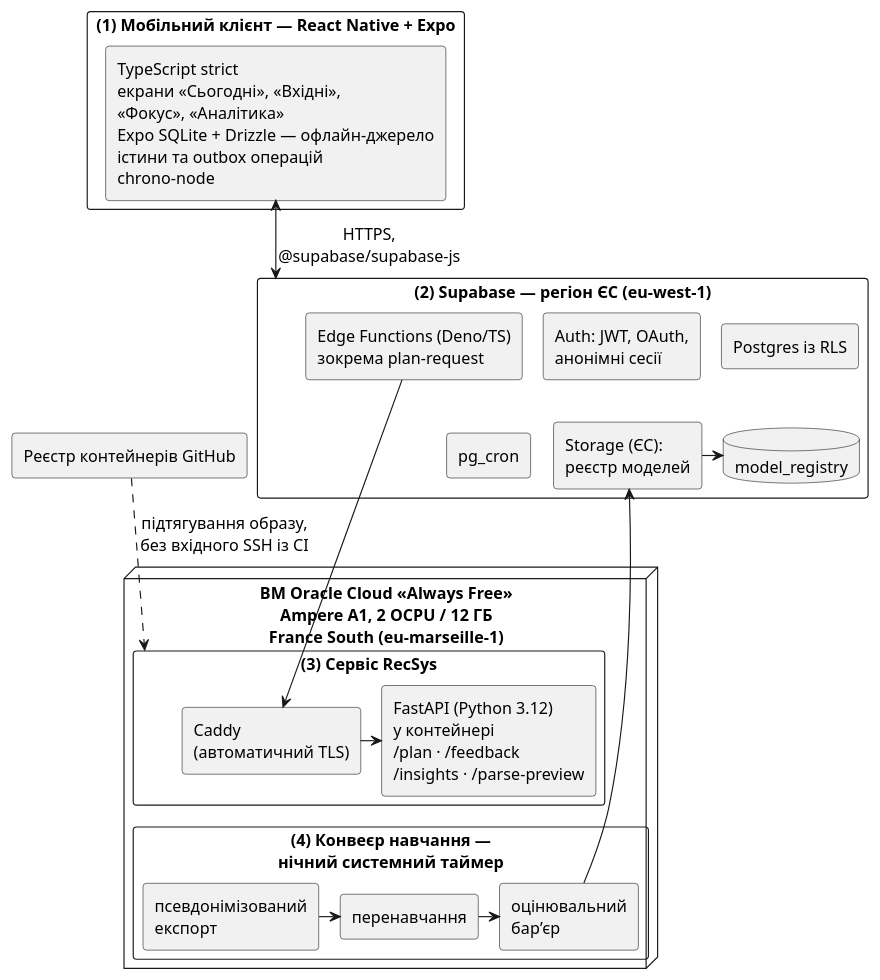
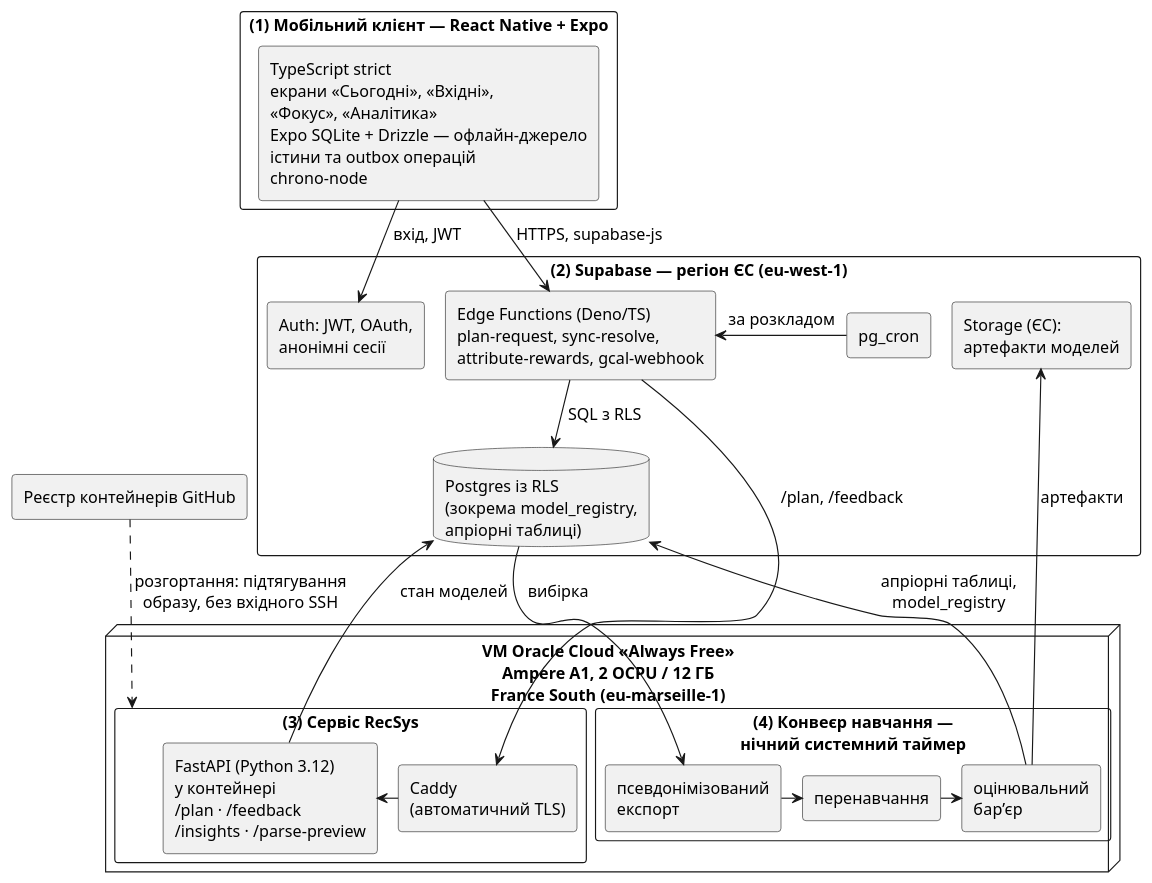
The diagram in docs/thesis/text/diagrams/3-1-architecture.puml (IKala4I/magister_work), drawn with PlantUML before and after one commit. The commit also changed 5 other files, not shown here.

```diff
--- a/docs/thesis/text/diagrams/3-1-architecture.puml
+++ b/docs/thesis/text/diagrams/3-1-architecture.puml
@@ -1,61 +1,66 @@
 @startuml
 ' Рисунок 3.1 — Загальна архітектура системи Hourwell.
 ' Джерело: текст плейсхолдера рисунка 3.1 у full.md (підрозділ 3.2) — чотири рівні, їхній склад і
 ' стрілки взято звідти; нічого поза ним. Стрілка plan-request → /plan без підпису: ім’я функції
 ' стоїть у блоці Edge Functions, /plan — у блоці FastAPI. Рівні (3) і (4) — на одній ВМ, як і сказано в тексті,
 ' тому намальовані в одній рамці ВМ. PlantUML, а не Mermaid: розкладка Mermaid не дає вмістити
 ' рисунок на сторінку з підписами не менше 8 пт (стрілку «конвеєр → Storage» вона веде в обхід).
+' 2026-11-12 (зовнішня рецензія, звірено з кодом): клієнт звертається лише до Auth і Edge Functions
+' (supabase.auth.*, supabase.functions.invoke); до Postgres ідуть функції й сервіс рекомендацій
+' (стан моделей bandit_state / beta_cells / blend_state — у Postgres, repo.py); pg_cron запускає
+' функції за розкладом (attribute-rewards о 23:55, календар кожні 5 хв); конвеєр читає експорт із
+' Postgres, пише апріорні таблиці, кластери й рядок model_registry у Postgres, артефакти — у Storage.
+' Сервіс зі Storage моделей не завантажує — такої стрілки немає. Стрілка — від того, хто ініціює.
+' Реєстр контейнерів — пунктир: розгортання, а не робота системи.
 !pragma layout smetana
 skinparam defaultFontSize 14
 skinparam defaultFontName Arial
 skinparam monochrome true
 skinparam shadowing false
 skinparam rectangle {
   RoundCorner 6
 }
-skinparam nodesep 18
-skinparam ranksep 34
+skinparam nodesep 22
+skinparam ranksep 40
 top to bottom direction
 
 rectangle "(1) Мобільний клієнт — React Native + Expo" as L1 {
   rectangle "TypeScript strict\nекрани «Сьогодні», «Вхідні»,\n«Фокус», «Аналітика»\nExpo SQLite + Drizzle — офлайн-джерело\nістини та outbox операцій\nchrono-node" as C
 }
 
 rectangle "(2) Supabase — регіон ЄС (eu-west-1)" as L2 {
-  rectangle "Postgres із RLS" as S1
   rectangle "Auth: JWT, OAuth,\nанонімні сесії" as S2
-  rectangle "Edge Functions (Deno/TS)\nзокрема plan-request" as S3
+  rectangle "Edge Functions (Deno/TS)\nplan-request, sync-resolve,\nattribute-rewards, gcal-webhook" as S3
   rectangle "pg_cron" as S4
-  rectangle "Storage (ЄС):\nреєстр моделей" as S5
-  database "model_registry" as S6
+  database "Postgres із RLS\n(зокрема model_registry,\nапріорні таблиці)" as S1
+  rectangle "Storage (ЄС):\nартефакти моделей" as S5
 }
 
-node "ВМ Oracle Cloud «Always Free»\nAmpere A1, 2 OCPU / 12 ГБ\nFrance South (eu-marseille-1)" as VM {
+node "VM Oracle Cloud «Always Free»\nAmpere A1, 2 OCPU / 12 ГБ\nFrance South (eu-marseille-1)" as VM {
   rectangle "(3) Сервіс RecSys" as L3 {
     rectangle "Caddy\n(автоматичний TLS)" as R0
     rectangle "FastAPI (Python 3.12)\nу контейнері\n/plan · /feedback\n/insights · /parse-preview" as R1
   }
   rectangle "(4) Конвеєр навчання —\nнічний системний таймер" as L4 {
     rectangle "псевдонімізований\nекспорт" as T1
     rectangle "перенавчання" as T2
     rectangle "оцінювальний\nбар’єр" as T3
   }
 }
 
 rectangle "Реєстр контейнерів GitHub" as GH
 
-C <-down-> L2 : HTTPS,\n@supabase/supabase-js
-S3 -down-> R0
+C -down-> S2 : вхід, JWT
+C -down-> S3 : HTTPS, supabase-js
+S4 -left-> S3 : за розкладом
+S3 -down-> S1 : SQL з RLS
+S3 -down-> R0 : /plan, /feedback
 R0 -right-> R1
+R1 -up-> S1 : стан моделей
+S1 -down-> T1 : вибірка
 T1 -right-> T2
 T2 -right-> T3
-T3 -up-> S5
-S5 -right-> S6
-' розкладка (лише невидимі зв'язки): Supabase у два ряди, RecSys над конвеєром навчання, ВМ під Supabase
-S1 -[hidden]down- S5
-S2 -[hidden]down- S4
-R0 -[hidden]down- T1
-S4 -[hidden]down- R1
-S4 -[hidden]right- GH
-GH .down.> L3 : підтягування образу,\nбез вхідного SSH із CI
+T3 -up-> S5 : артефакти
+T3 -up-> S1 : апріорні таблиці,\nmodel_registry
+GH .down.> L3 : розгортання: підтягування\nобразу, без вхідного SSH
 @enduml
```
